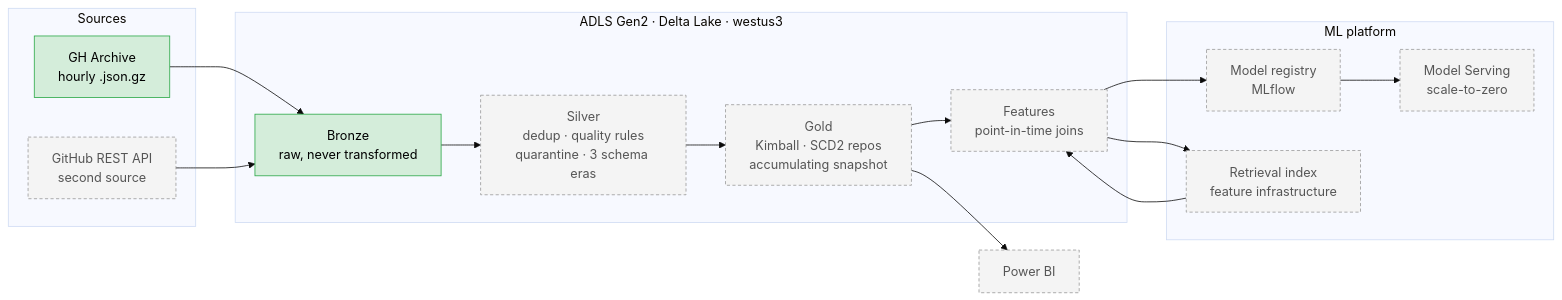
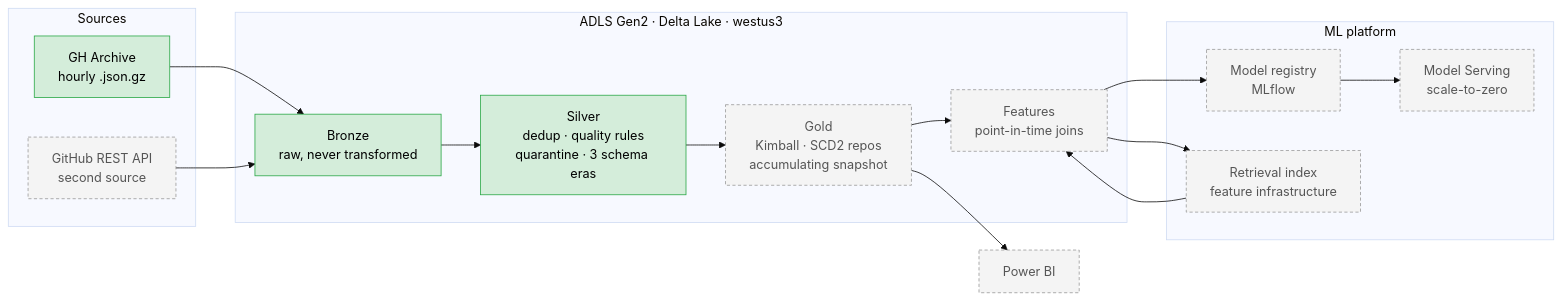
The diagram in README.md (bsreecharanreddy/almanac), drawn with Mermaid (base theme) before and after one commit. The commit also changed other lines of this file and 10 other files, not shown here.

````diff
--- a/README.md
+++ b/README.md
@@ -35,33 +36,33 @@
 ```mermaid
 flowchart LR
   subgraph src[Sources]
     GHA[GH Archive<br/>hourly .json.gz]
     API[GitHub REST API<br/>second source]
   end
 
   subgraph lake[ADLS Gen2 · Delta Lake · westus3]
     B[Bronze<br/>raw, never transformed]
     S[Silver<br/>dedup · quality rules<br/>quarantine · 3 schema eras]
     G[Gold<br/>Kimball · SCD2 repos<br/>accumulating snapshot]
     F[Features<br/>point-in-time joins]
   end
 
   subgraph ml[ML platform]
     R[Model registry<br/>MLflow]
     E[Model Serving<br/>scale-to-zero]
     V[Retrieval index<br/>feature infrastructure]
   end
 
   GHA --> B
   API --> B
   B --> S --> G --> F
   F --> R --> E
   F --> V
   V --> F
   G --> BI[Power BI]
 
   classDef done fill:#d4edda,stroke:#28a745,color:#000
   classDef todo fill:#f4f4f4,stroke:#999,color:#555,stroke-dasharray:4 3
-  class GHA,B done
-  class API,S,G,F,R,E,V,BI todo
+  class GHA,B,S done
+  class API,G,F,R,E,V,BI todo
 ```
````
